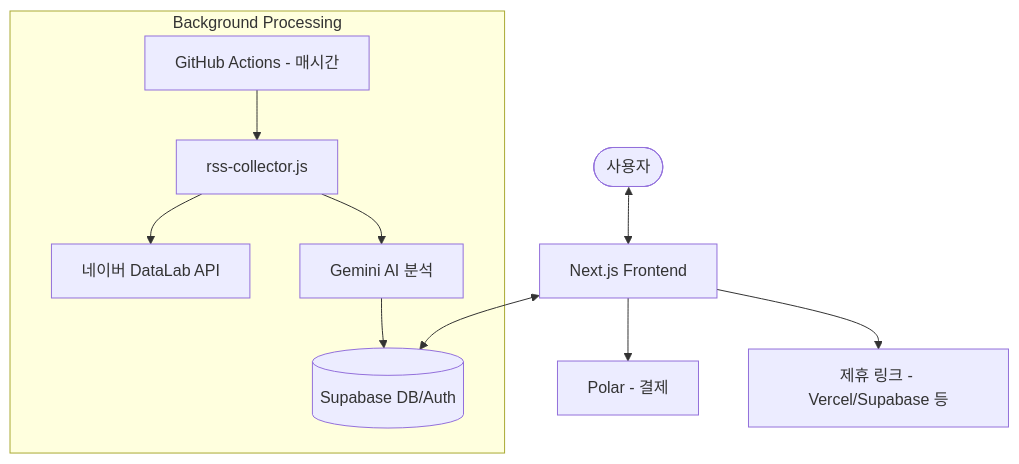
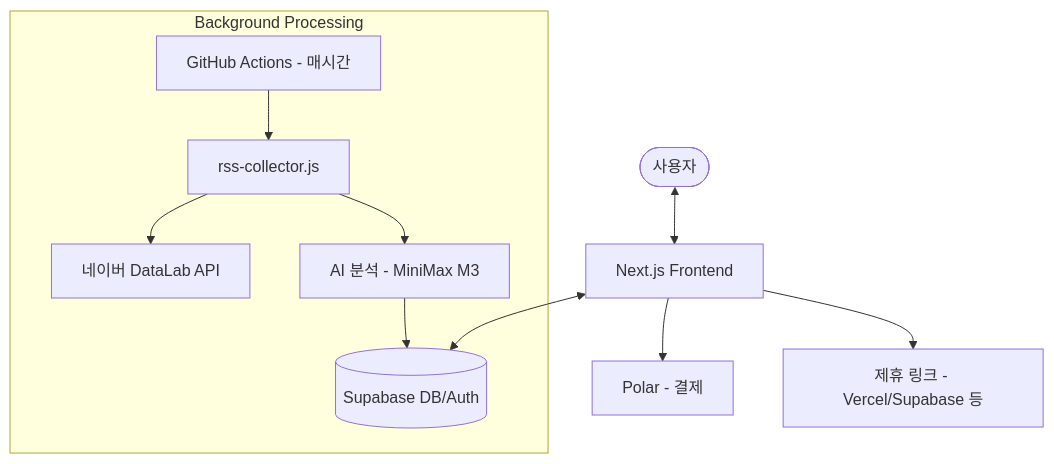
Before and after one commit to DeuklyoungKo/checkservice: the diagram in 1.PRD.md, drawn with Mermaid. The commit also changed other lines of this file and 8 other files, not shown here.

First line of the commit message:
feat: AI 분석 엔진 MiniMax M3 단독 전환 + cron 복원

````diff
--- a/1.PRD.md
+++ b/1.PRD.md
@@ -157,15 +157,15 @@
 ```mermaid
 graph TD
     User([사용자]) <--> Frontend[Next.js Frontend]
     Frontend <--> Supabase[(Supabase DB/Auth)]
     
     subgraph "Background Processing"
         GHActions[GitHub Actions - 매시간] --> Collector[rss-collector.js]
         Collector --> NaverDataLab[네이버 DataLab API]
-        Collector --> GeminiAI[Gemini AI 분석]
-        GeminiAI --> Supabase
+        Collector --> AIEngine[AI 분석 - MiniMax M3]
+        AIEngine --> Supabase
     end
     
     Frontend --> Polar[Polar - 결제]
     Frontend --> Affiliate[제휴 링크 - Vercel/Supabase 등]
 ```
````
